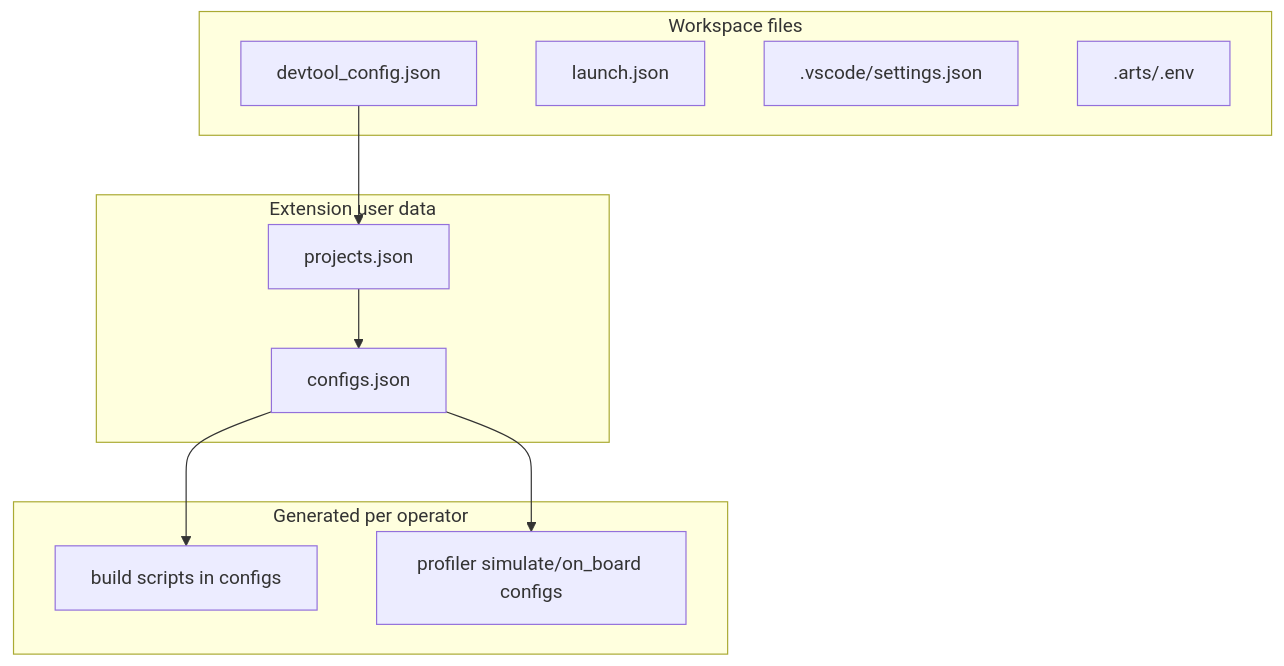
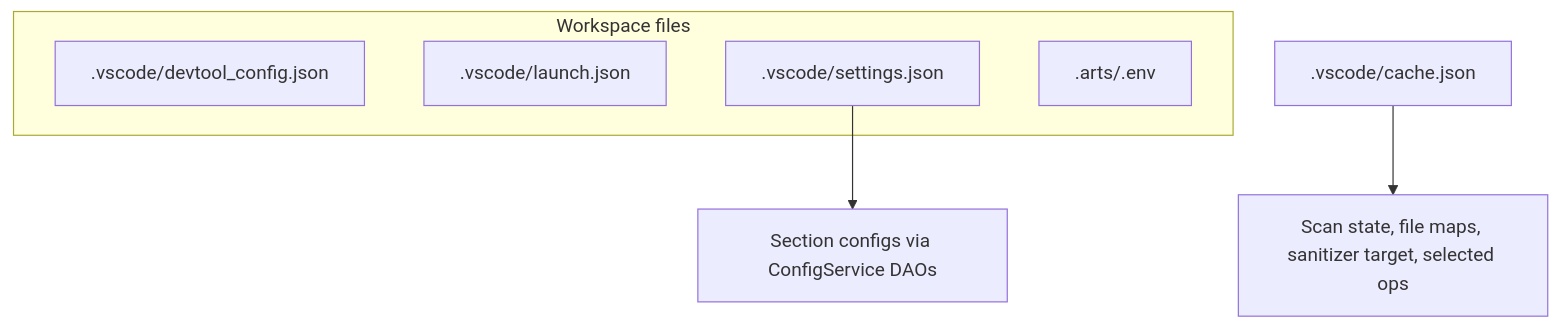
The diagram in docs/user-issues/config-lifecycle.md (IdeFrontend/opdev_plugin), drawn with Mermaid before and after one commit. The commit also changed other lines of this file and 287 other files, not shown here.

First line of the commit message:
settings-first migration: workspace settings + cache.json runtime

````diff
--- a/docs/user-issues/config-lifecycle.md
+++ b/docs/user-issues/config-lifecycle.md
@@ -55,21 +64,11 @@
 ```mermaid
 flowchart TB
   subgraph workspace [Workspace files]
-    DC[devtool_config.json]
-    LJ[launch.json]
+    DC[.vscode/devtool_config.json]
+    LJ[.vscode/launch.json]
     VS[.vscode/settings.json]
     Arts[.arts/.env]
   end
-  subgraph userdata [Extension user data]
-    PJ[projects.json]
-    CF[configs.json]
-  end
-  subgraph generated [Generated per operator]
-    BS[build scripts in configs]
-    PF[profiler simulate/on_board configs]
-  end
-  DC --> PJ
-  PJ --> CF
-  CF --> BS
-  CF --> PF
+  VS --> BS[Section configs via ConfigService DAOs]
+  CA[.vscode/cache.json] --> PF[Scan state, file maps, sanitizer target, selected ops]
 ```
````
